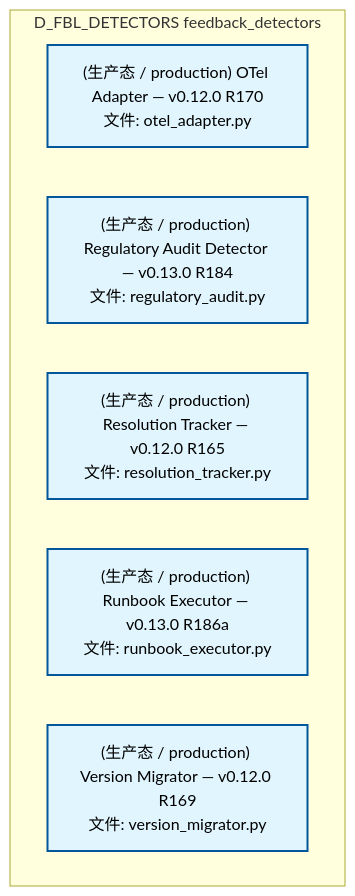
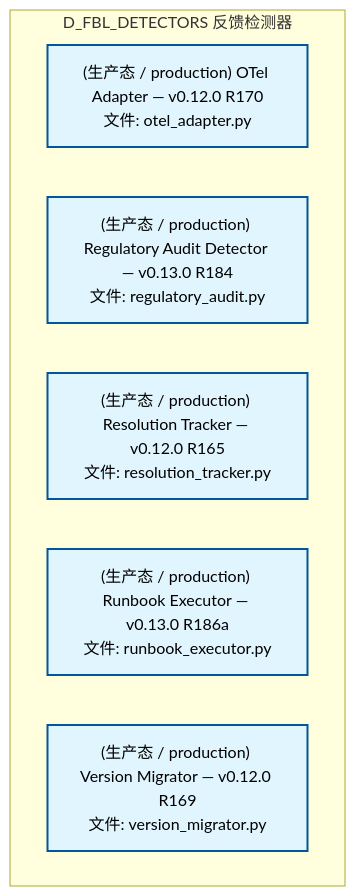
The third of 6 diagrams in docs/02_enterprise_architecture/02_domain_architecture_docs/11_d_fbl_detectors.md (xuanFelixVan/ZephyrAlpha), drawn with Mermaid before and after one commit. The commit also changed other lines of this file and 112 other files, not shown here.

````diff
--- a/docs/02_enterprise_architecture/02_domain_architecture_docs/11_d_fbl_detectors.md
+++ b/docs/02_enterprise_architecture/02_domain_architecture_docs/11_d_fbl_detectors.md
@@ -231,15 +231,15 @@
 ```mermaid
 graph TD
-    subgraph D_FBL_DETECTORS["D_FBL_DETECTORS feedback_detectors"]
+    subgraph D_FBL_DETECTORS["D_FBL_DETECTORS 反馈检测器"]
         src_zephyr_feedback_loop_detectors_reliability_otel_adapter_py["(生产态 / production) OTel Adapter — v0.12.0 R170<br/>文件: otel_adapter.py"]
         src_zephyr_feedback_loop_detectors_reliability_regulatory_audit_py["(生产态 / production) Regulatory Audit Detector — v0.13.0 R184<br/>文件: regulatory_audit.py"]
         src_zephyr_feedback_loop_detectors_reliability_resolution_tracker_py["(生产态 / production) Resolution Tracker — v0.12.0 R165<br/>文件: resolution_tracker.py"]
         src_zephyr_feedback_loop_detectors_reliability_runbook_executor_py["(生产态 / production) Runbook Executor — v0.13.0 R186a<br/>文件: runbook_executor.py"]
         src_zephyr_feedback_loop_detectors_reliability_version_migrator_py["(生产态 / production) Version Migrator — v0.12.0 R169<br/>文件: version_migrator.py"]
     end
     classDef production fill:#e1f5fe,stroke:#01579b,stroke-width:2px,color:#000
     classDef design fill:#fff3e0,stroke:#e65100,stroke-width:2px,color:#000,stroke-dasharray: 5 5
     classDef external_prod fill:#e8f5e9,stroke:#1b5e20,stroke-width:1px,color:#000
     classDef external_design fill:#fce4ec,stroke:#880e4f,stroke-width:1px,color:#000,stroke-dasharray: 5 5
     class src_zephyr_feedback_loop_detectors_reliability_otel_adapter_py,src_zephyr_feedback_loop_detectors_reliability_regulatory_audit_py,src_zephyr_feedback_loop_detectors_reliability_resolution_tracker_py,src_zephyr_feedback_loop_detectors_reliability_runbook_executor_py,src_zephyr_feedback_loop_detectors_reliability_version_migrator_py production
 ```
````
